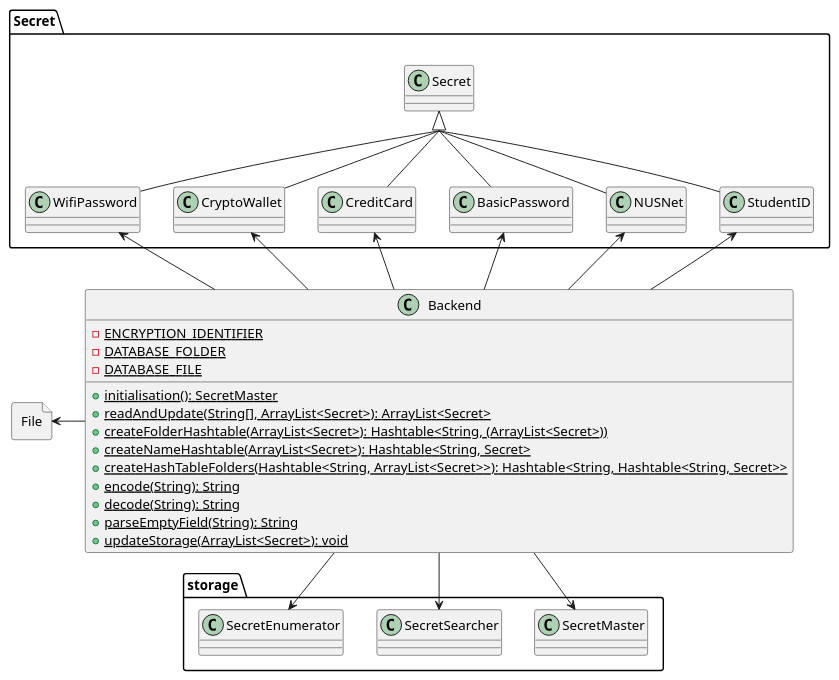
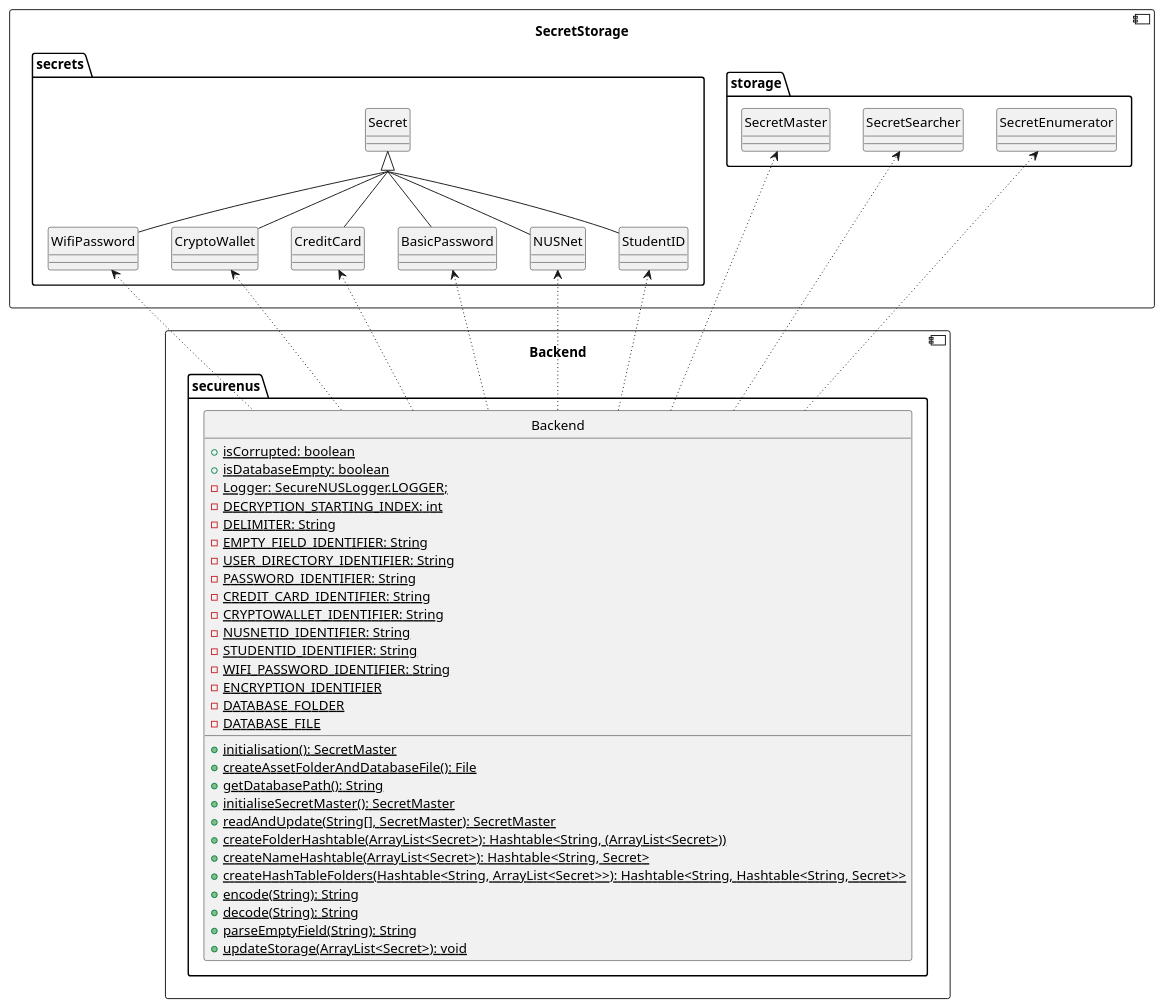
One commit to stevenantya/tp changed the diagram in docs/UML/Backend.puml. Above: the diagram before and after it, drawn with PlantUML. The commit also changed 8 other files, not shown here.

Commit message:
Added all the new diagrams from Hosea

```diff
--- a/docs/UML/Backend.puml
+++ b/docs/UML/Backend.puml
@@ -1,68 +1,87 @@
 @startuml
 'https://plantuml.com/class-diagram
 skinparam groupInheritance 4
-
+hide circle
 allowmixing
-
-file File
-Backend --l> File
-class Backend {
-    {static} - ENCRYPTION_IDENTIFIER
-    {static} - DATABASE_FOLDER
-    {static} - DATABASE_FILE
-    {static} + initialisation(): SecretMaster
-    {static} + readAndUpdate(String[], ArrayList<Secret>): ArrayList<Secret>
-    {static} + createFolderHashtable(ArrayList<Secret>): Hashtable<String, (ArrayList<Secret>))
-    {static} + createNameHashtable(ArrayList<Secret>): Hashtable<String, Secret>
-    {static} + createHashTableFolders(Hashtable<String, ArrayList<Secret>>): Hashtable<String, Hashtable<String, Secret>>
-    {static} + encode(String): String
-    {static} + decode(String): String
-    {static} + parseEmptyField(String): String
-    {static} + updateStorage(ArrayList<Secret>): void
-}
-package storage {
-    Backend --> SecretMaster
-    Backend --> SecretSearcher
-    Backend --> SecretEnumerator
-    class SecretMaster {
-    }
-    class SecretSearcher {
-    }
-    class SecretEnumerator {
+component Backend {
+    package securenus {
+        class Backend {
+            {static}+ isCorrupted: boolean
+            {static}+ isDatabaseEmpty: boolean
+            {static}- Logger: SecureNUSLogger.LOGGER;
+            {static}- DECRYPTION_STARTING_INDEX: int
+            {static}- DELIMITER: String
+            {static}- EMPTY_FIELD_IDENTIFIER: String
+            {static}- USER_DIRECTORY_IDENTIFIER: String
+            {static}- PASSWORD_IDENTIFIER: String
+            {static}- CREDIT_CARD_IDENTIFIER: String
+            {static}- CRYPTOWALLET_IDENTIFIER: String
+            {static}- NUSNETID_IDENTIFIER: String
+            {static}- STUDENTID_IDENTIFIER: String
+            {static}- WIFI_PASSWORD_IDENTIFIER: String
+            {static}- ENCRYPTION_IDENTIFIER
+            {static}- DATABASE_FOLDER
+            {static}- DATABASE_FILE
+            {static}+ initialisation(): SecretMaster
+            {static}+ createAssetFolderAndDatabaseFile(): File
+            {static}+ getDatabasePath(): String
+            {static}+ initialiseSecretMaster(): SecretMaster
+            {static}+ readAndUpdate(String[], SecretMaster): SecretMaster
+            {static}+ createFolderHashtable(ArrayList<Secret>): Hashtable<String, (ArrayList<Secret>))
+            {static}+ createNameHashtable(ArrayList<Secret>): Hashtable<String, Secret>
+            {static}+ createHashTableFolders(Hashtable<String, ArrayList<Secret>>): Hashtable<String, Hashtable<String, Secret>>
+            {static}+ encode(String): String
+            {static}+ decode(String): String
+            {static}+ parseEmptyField(String): String
+            {static}+ updateStorage(ArrayList<Secret>): void
+        }
     }
 }
-package Secret {
 
-    Backend --u> StudentID
-    Backend --u> NUSNet
-    Backend --u> BasicPassword
-    Backend --u> CreditCard
-    Backend --u> CryptoWallet
-    Backend --u> WifiPassword
+component SecretStorage{
+    package storage {
+        class SecretMaster {
+        }
+        class SecretSearcher {
+        }
+        class SecretEnumerator {
+        }
+    }
+    package secrets {
 
-    class Secret {
+        Backend.securenus.Backend -[dotted]up-> StudentID
+        Backend.securenus.Backend -[dotted]up-> NUSNet
+        Backend.securenus.Backend -[dotted]up-> BasicPassword
+        Backend.securenus.Backend -[dotted]up-> CreditCard
+        Backend.securenus.Backend -[dotted]up-> CryptoWallet
+        Backend.securenus.Backend -[dotted]up-> WifiPassword
+
+        class Secret {
+        }
+        class StudentID {
+        }
+        class NUSNet {
+        }
+        class BasicPassword {
+        }
+        class CreditCard {
+        }
+        class CryptoWallet {
+        }
+        class WifiPassword {
+        }
+        class BasicPassword {
+        }
+        StudentID --u|> Secret
+        NUSNet --u|> Secret
+        BasicPassword --u|> Secret
+        CryptoWallet --u|> Secret
+        CreditCard --u|> Secret
+        WifiPassword --u|> Secret
     }
-    class StudentID {
-    }
-    class NUSNet {
-    }
-    class BasicPassword {
-    }
-    class CreditCard {
-    }
-    class CryptoWallet {
-    }
-    class WifiPassword {
-    }
-    class BasicPassword {
-    }
-    StudentID --u|> Secret
-    NUSNet --u|> Secret
-    BasicPassword --u|> Secret
-    CryptoWallet --u|> Secret
-    CreditCard --u|> Secret
-    WifiPassword --u|> Secret
 }
-
+Backend.securenus.Backend -[dotted]-> SecretMaster
+Backend.securenus.Backend -[dotted]-> SecretSearcher
+Backend.securenus.Backend -[dotted]-> SecretEnumerator
 
 @enduml
```
